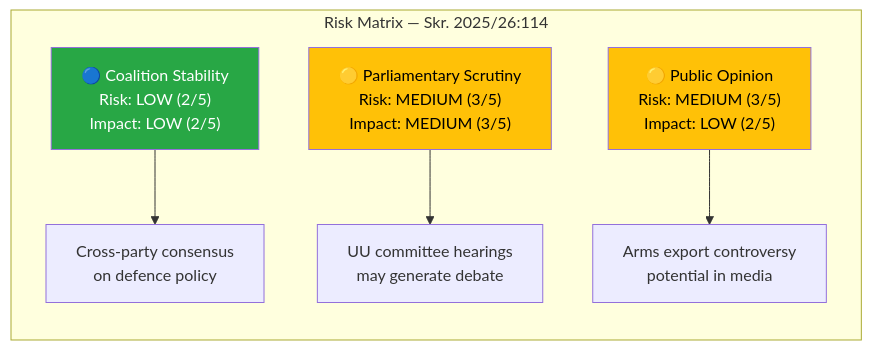
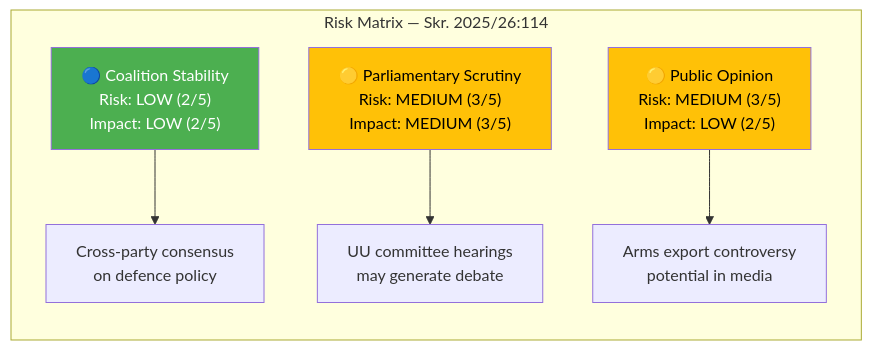
One commit to Hack23/riksdagsmonitor changed the second of 2 diagrams in analysis/daily/2026-04-08/propositions/documents/hd03114-analysis.md. Above: the diagram before and after it, drawn with Mermaid. The commit also changed 785 other files, not shown here.

First line of the commit message:
Normalize mermaid colors across 786 analysis artifacts to ISMS Style Guide palette

````diff
--- a/analysis/daily/2026-04-08/propositions/documents/hd03114-analysis.md
+++ b/analysis/daily/2026-04-08/propositions/documents/hd03114-analysis.md
@@ -93,12 +93,12 @@
 ```mermaid
 graph LR
     subgraph "Risk Matrix — Skr. 2025/26:114"
         direction TB
         A["🔵 Coalition Stability<br/>Risk: LOW (2/5)<br/>Impact: LOW (2/5)"] --> B["Cross-party consensus<br/>on defence policy"]
         C["🟡 Parliamentary Scrutiny<br/>Risk: MEDIUM (3/5)<br/>Impact: MEDIUM (3/5)"] --> D["UU committee hearings<br/>may generate debate"]
         E["🟡 Public Opinion<br/>Risk: MEDIUM (3/5)<br/>Impact: LOW (2/5)"] --> F["Arms export controversy<br/>potential in media"]
     end
-    style A fill:#28a745,color:#fff
-    style C fill:#ffc107,color:#000
-    style E fill:#ffc107,color:#000
+    style A fill:#4CAF50,color:#FFFFFF
+    style C fill:#FFC107,color:#000000
+    style E fill:#FFC107,color:#000000
 ```
````
